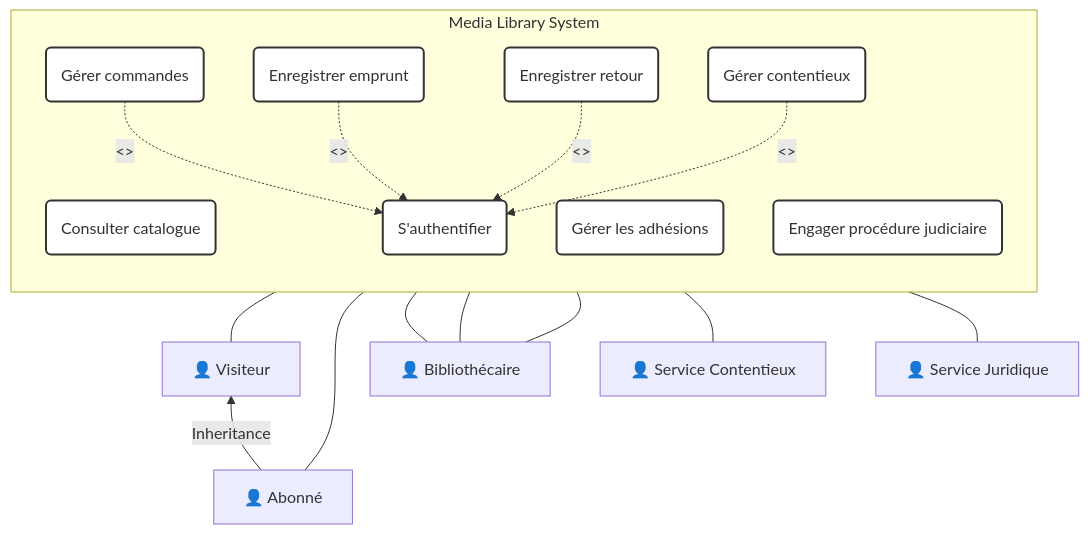
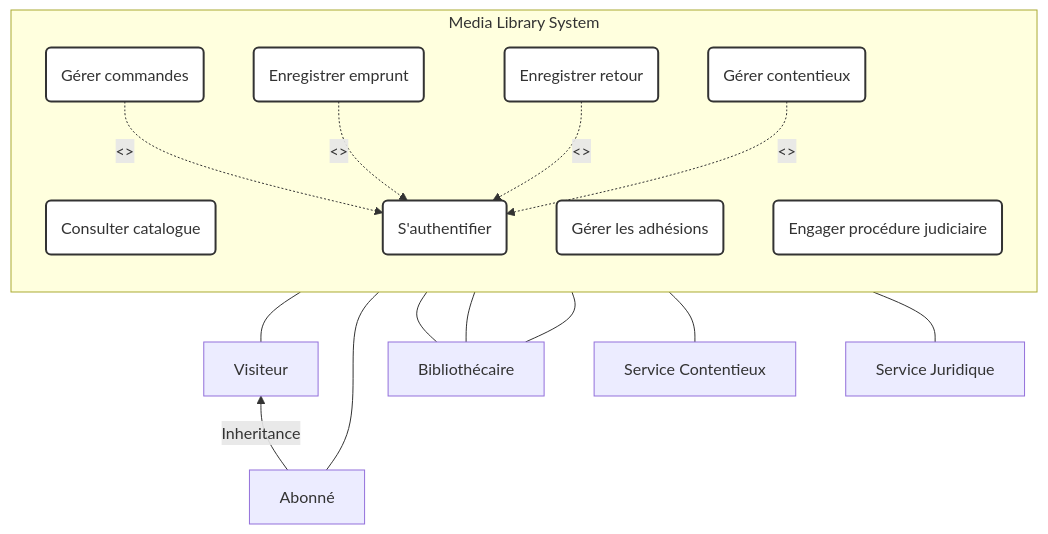
Diagram 14 of 34 in Master 1/S2/Advanced Code Patterns/Chapter 1.1: Use Case Diagram/00100 Excercise.md (Vtheonly/Obsidian_Notes), drawn with Mermaid before and after one commit. The commit also changed other lines of this file and 3934 other files, not shown here.

````diff
--- a/Master 1/S2/Advanced Code Patterns/Chapter 1.1: Use Case Diagram/00100 Excercise.md
+++ b/Master 1/S2/Advanced Code Patterns/Chapter 1.1: Use Case Diagram/00100 Excercise.md
@@ -706,39 +706,39 @@
 ```mermaid
 graph BT
     subgraph Media Library System
         direction TB
         UC_Search(Consulter catalogue)
         UC_Order(Gérer commandes)
         UC_Loan(Enregistrer emprunt)
         UC_Return(Enregistrer retour)
         UC_Register(Gérer les adhésions)
         UC_Auth(S'authentifier)
         UC_Dispute(Gérer contentieux)
         UC_Legal(Engager procédure judiciaire)
         
         UC_Order -.->|<<include>>| UC_Auth
         UC_Loan -.->|<<include>>| UC_Auth
         UC_Return -.->|<<include>>| UC_Auth
         UC_Dispute -.->|<<include>>| UC_Auth
     end
     
-    A_Visitor["👤 Visiteur"] --- UC_Search
-    A_Member["👤 Abonné"] -->|Inheritance| A_Visitor
+    A_Visitor[" Visiteur"] --- UC_Search
+    A_Member[" Abonné"] -->|Inheritance| A_Visitor
     A_Member --- UC_Order
     
-    A_Librarian["👤 Bibliothécaire"] --- UC_Loan
+    A_Librarian[" Bibliothécaire"] --- UC_Loan
     A_Librarian --- UC_Return
     A_Librarian --- UC_Register
     
-    A_Collections["👤 Service Contentieux"] --- UC_Dispute
-    A_Legal["👤 Service Juridique"] --- UC_Legal
+    A_Collections[" Service Contentieux"] --- UC_Dispute
+    A_Legal[" Service Juridique"] --- UC_Legal
     
     style UC_Search fill:#fff,stroke:#333,stroke-width:2px;
     style UC_Order fill:#fff,stroke:#333,stroke-width:2px;
     style UC_Loan fill:#fff,stroke:#333,stroke-width:2px;
     style UC_Return fill:#fff,stroke:#333,stroke-width:2px;
     style UC_Register fill:#fff,stroke:#333,stroke-width:2px;
     style UC_Auth fill:#fff,stroke:#333,stroke-width:2px;
     style UC_Dispute fill:#fff,stroke:#333,stroke-width:2px;
     style UC_Legal fill:#fff,stroke:#333,stroke-width:2px;
 ```
````
